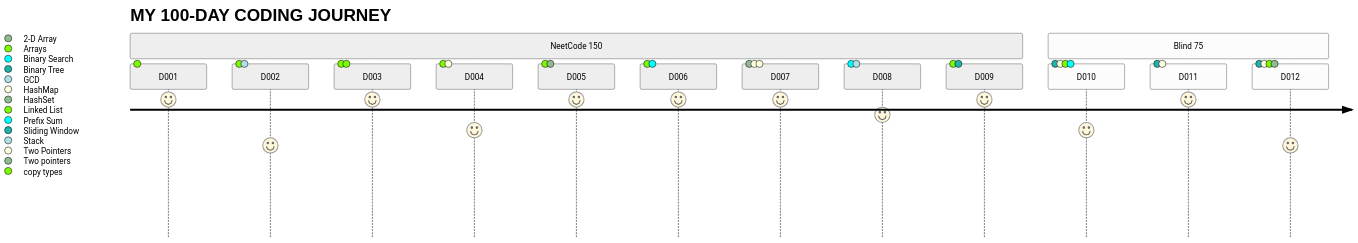
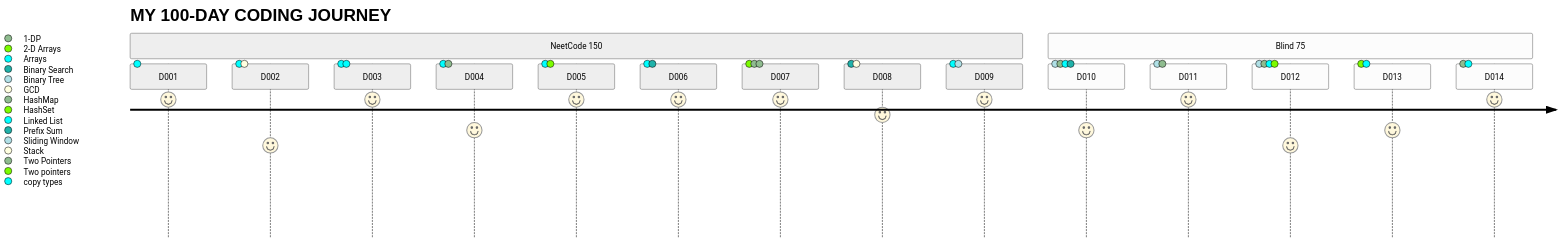
One commit to Edddush/100-days-of-code changed the diagram in log.md. Above: the diagram before and after it, drawn with Mermaid (neutral theme). The commit also changed other lines of this file, not shown here.

````diff
--- a/log.md
+++ b/log.md
@@ -3,18 +3,20 @@
 ```mermaid
 journey
     title MY 100-DAY CODING JOURNEY
     section NeetCode 150
       D001: 9: Arrays
       D002: 6: Arrays, GCD
       D003: 9: Arrays, copy types
       D004: 7: Arrays, Two Pointers
       D005: 9: Arrays, Two pointers
       D006: 9: Arrays, Prefix Sum
       D007: 9: HashSet, HashMap, Two Pointers
       D008: 8: Binary Search, Stack
       D009: 9: Linked List, Sliding Window
     section Blind 75
       D010: 7: Binary Tree, HashMap, Linked List, Prefix Sum
       D011: 9: Binary Tree, Two Pointers
-      D012: 6: Binary Tree, Two Pointers, Linked List, 2-D Array
+      D012: 6: Binary Tree, Two Pointers, Linked List, 2-D Arrays
+      D013: 7: 2-D Arrays, Arrays
+      D014: 9: 1-DP, Arrays
 ```
````
